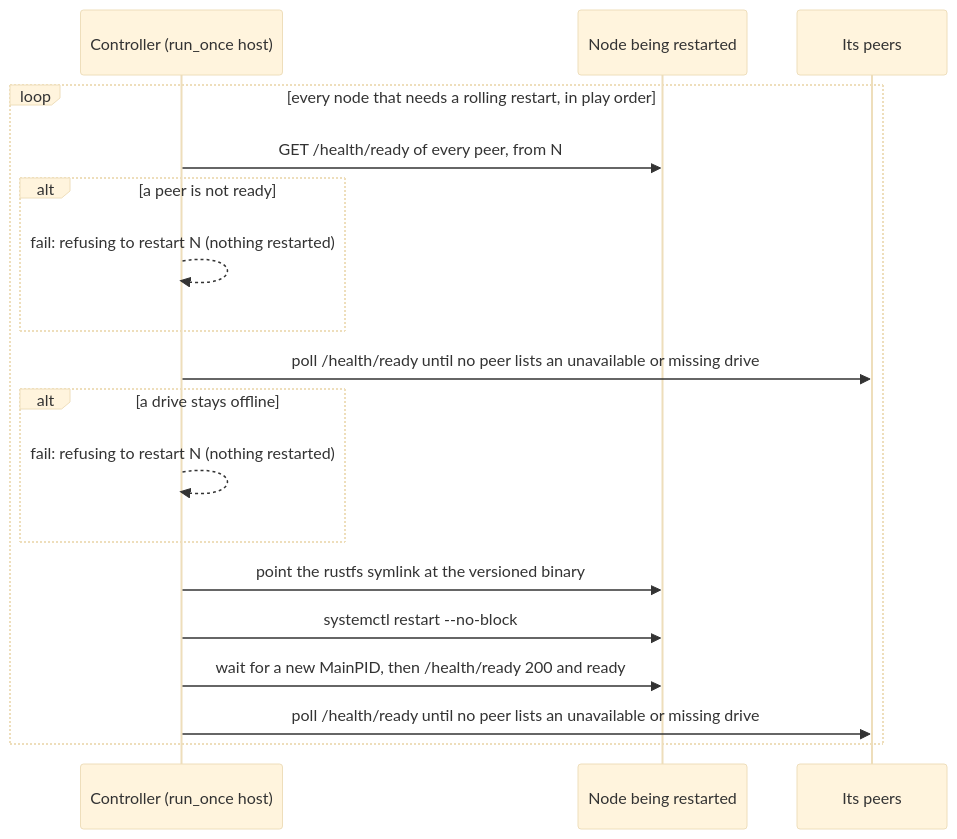
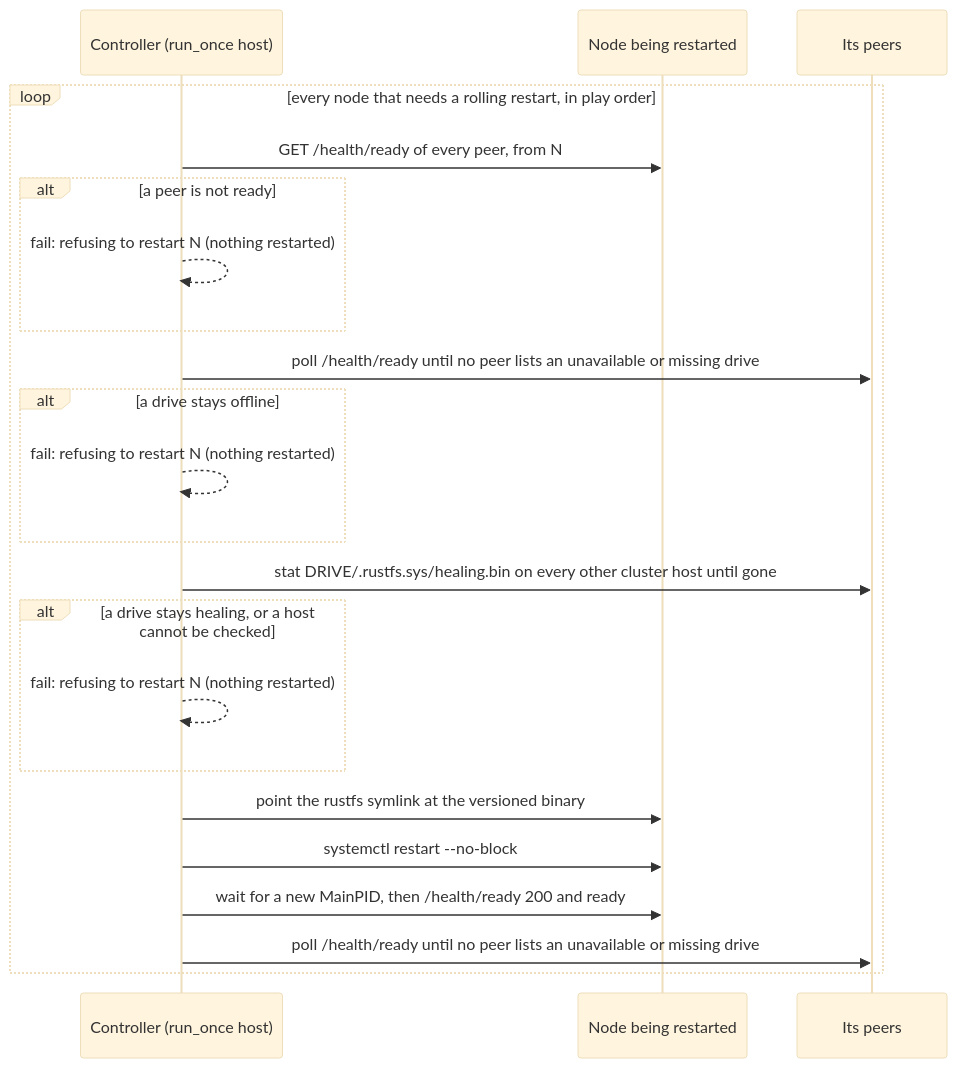
The third of 3 diagrams in docs/ARCHITECTURE.md (devopsgroupeu/ansible-role-rustfs), drawn with Mermaid (base theme) before and after one commit. The commit also changed other lines of this file and 4 other files, not shown here.

````diff
--- a/docs/ARCHITECTURE.md
+++ b/docs/ARCHITECTURE.md
@@ -223,21 +236,25 @@
 ```mermaid
 sequenceDiagram
     participant Ctrl as Controller (run_once host)
     participant N as Node being restarted
     participant P as Its peers
 
     loop every node that needs a rolling restart, in play order
         Ctrl->>N: GET /health/ready of every peer, from N
         alt a peer is not ready
             Ctrl-->>Ctrl: fail: refusing to restart N (nothing restarted)
         end
         Ctrl->>P: poll /health/ready until no peer lists an unavailable or missing drive
         alt a drive stays offline
             Ctrl-->>Ctrl: fail: refusing to restart N (nothing restarted)
         end
+        Ctrl->>P: stat DRIVE/.rustfs.sys/healing.bin on every other cluster host until gone
+        alt a drive stays healing, or a host cannot be checked
+            Ctrl-->>Ctrl: fail: refusing to restart N (nothing restarted)
+        end
         Ctrl->>N: point the rustfs symlink at the versioned binary
         Ctrl->>N: systemctl restart --no-block
         Ctrl->>N: wait for a new MainPID, then /health/ready 200 and ready
         Ctrl->>P: poll /health/ready until no peer lists an unavailable or missing drive
     end
 ```
````
